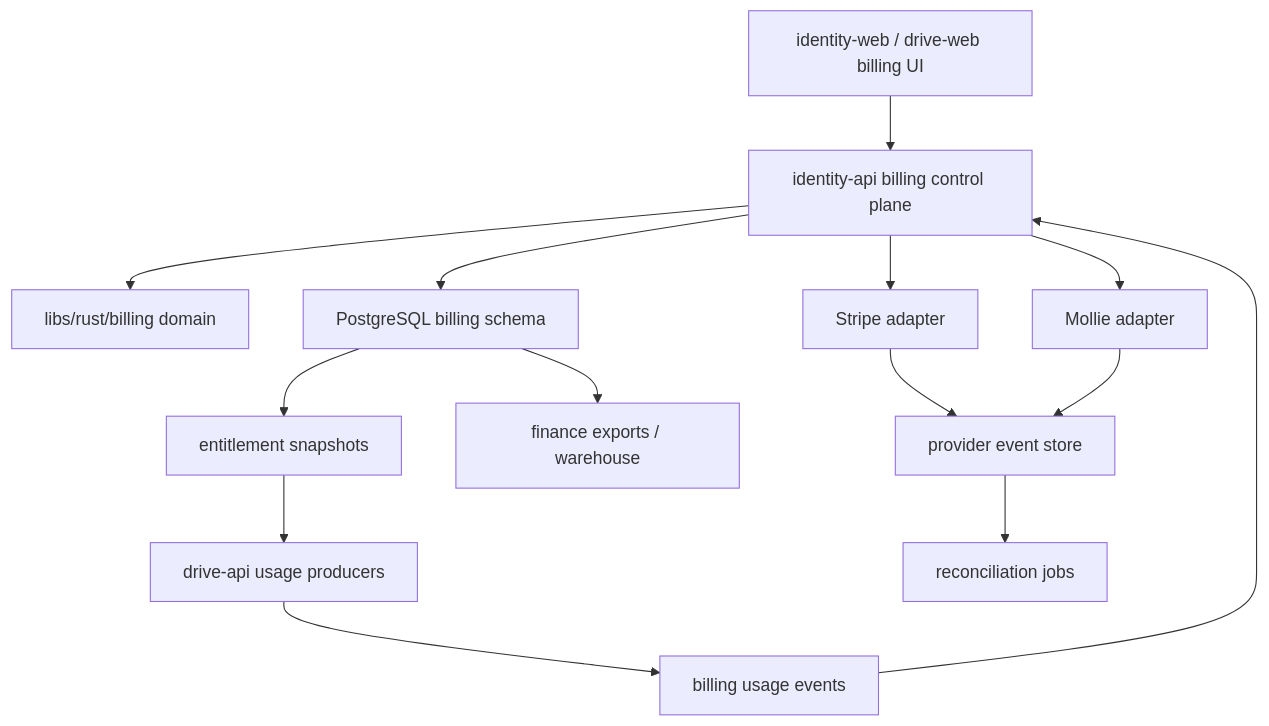
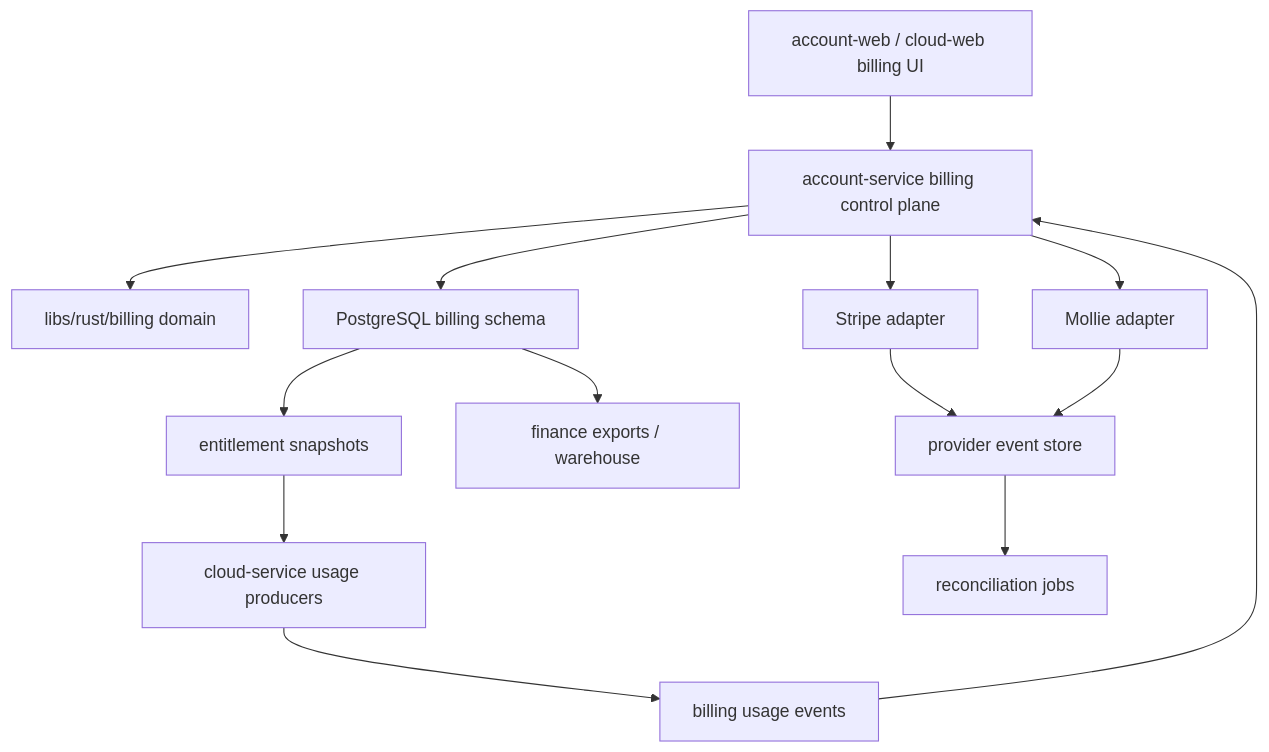
One commit to nvbes-org/nvbes changed the diagram in docs/blueprint/nvbes-internal-billing-platform.plan.md. Above: the diagram before and after it, drawn with Mermaid. The commit also changed other lines of this file and 452 other files, not shown here.

````diff
--- a/docs/blueprint/nvbes-internal-billing-platform.plan.md
+++ b/docs/blueprint/nvbes-internal-billing-platform.plan.md
@@ -61,16 +61,16 @@
 ```mermaid
 flowchart TD
-  UI["identity-web / drive-web billing UI"] --> API["identity-api billing control plane"]
-  Drive["drive-api usage producers"] --> Events["billing usage events"]
+  UI["account-web / cloud-web billing UI"] --> API["account-service billing control plane"]
+  Drive["cloud-service usage producers"] --> Events["billing usage events"]
   Events --> API
   API --> Domain["libs/rust/billing domain"]
   API --> DB["PostgreSQL billing schema"]
   API --> Stripe["Stripe adapter"]
   API --> Mollie["Mollie adapter"]
   Stripe --> Webhooks["provider event store"]
   Mollie --> Webhooks
   Webhooks --> Recon["reconciliation jobs"]
   DB --> Export["finance exports / warehouse"]
   DB --> Entitlements["entitlement snapshots"]
   Entitlements --> Drive
 ```
````
